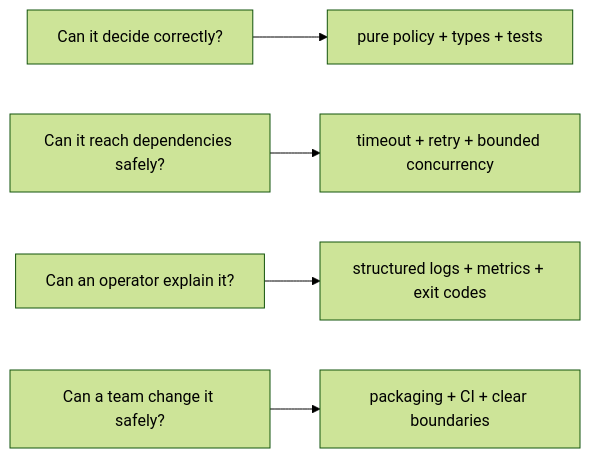
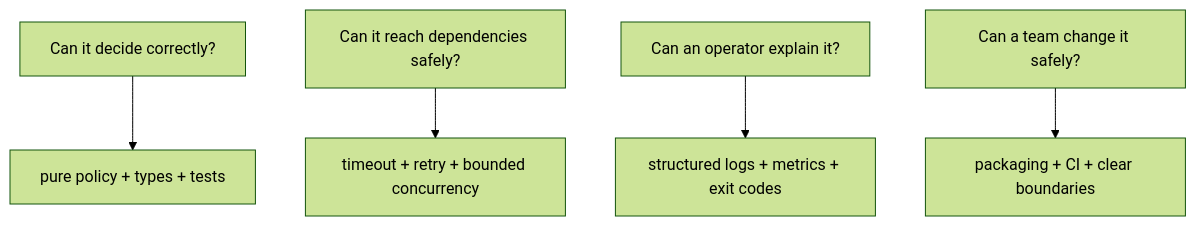
One commit to jithinpnjm/nvidia-devops changed the diagram in docs/volume-02/17-final-python-checklist.md. Above: the diagram before and after it, drawn with Mermaid (forest theme). The commit also changed 99 other files, not shown here.

````diff
--- a/docs/volume-02/17-final-python-checklist.md
+++ b/docs/volume-02/17-final-python-checklist.md
@@ -34,16 +34,7 @@
 ```mermaid
-flowchart LR
-  %% Converted from the original ASCII diagram; source wording is preserved.
-  n0["Can it decide correctly?"]
-  n1["pure policy + types + tests"]
-  n2["Can it reach dependencies safely?"]
-  n3["timeout + retry + bounded concurrency"]
-  n4["Can an operator explain it?"]
-  n5["structured logs + metrics + exit codes"]
-  n6["Can a team change it safely?"]
-  n7["packaging + CI + clear boundaries"]
-  n0 --> n1
-  n2 --> n3
-  n4 --> n5
-  n6 --> n7
+flowchart TD
+  Q1["Can it decide correctly?"] --> A1["pure policy + types + tests"]
+  Q2["Can it reach dependencies safely?"] --> A2["timeout + retry + bounded concurrency"]
+  Q3["Can an operator explain it?"] --> A3["structured logs + metrics + exit codes"]
+  Q4["Can a team change it safely?"] --> A4["packaging + CI + clear boundaries"]
 ```
````
